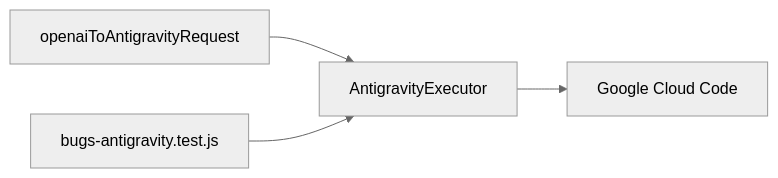
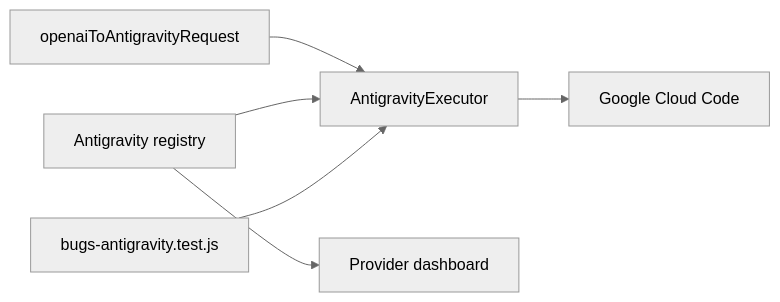
The diagram in memory/antigravity/README.md (allanbatista/9router), drawn with Mermaid (neutral theme) before and after one commit. The commit also changed other lines of this file and 10 other files, not shown here.

````diff
--- a/memory/antigravity/README.md
+++ b/memory/antigravity/README.md
@@ -13,6 +14,8 @@
 ```mermaid
 flowchart LR
   TRANSLATOR[openaiToAntigravityRequest] --> EXECUTOR[AntigravityExecutor]
   EXECUTOR --> UPSTREAM[Google Cloud Code]
+  REGISTRY[Antigravity registry] --> DASHBOARD[Provider dashboard]
+  REGISTRY --> EXECUTOR
   TESTS[bugs-antigravity.test.js] --> EXECUTOR
 ```
````
